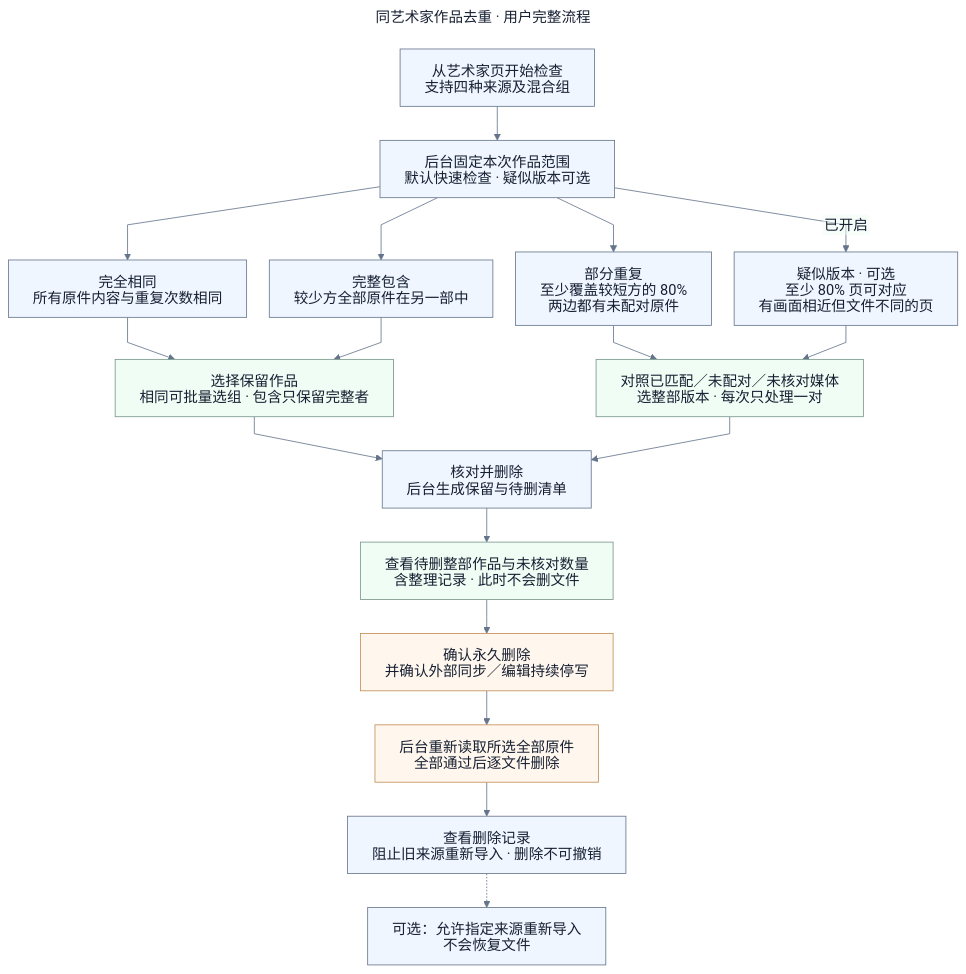
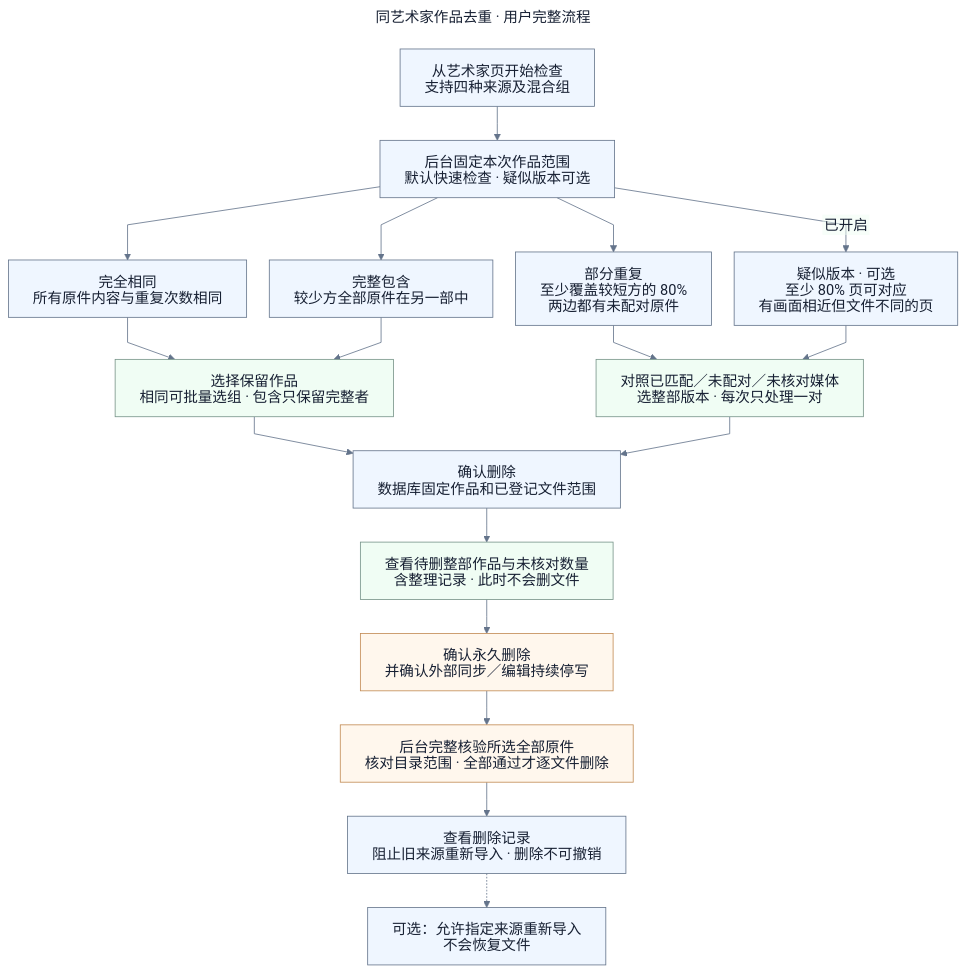
One commit to namehu/PixiShelf changed the diagram in docs/diagrams/features/artwork-deduplication/business-flow.mmd. Above: the diagram before and after it, drawn with Mermaid. The commit also changed 48 other files, not shown here.

```diff
--- a/docs/diagrams/features/artwork-deduplication/business-flow.mmd
+++ b/docs/diagrams/features/artwork-deduplication/business-flow.mmd
@@ -1,48 +1,48 @@
 ---
 config:
   theme: base
   htmlLabels: false
   themeVariables:
     fontFamily: 'Arial, PingFang SC, Microsoft YaHei, sans-serif'
     fontSize: 18px
     background: '#ffffff'
     primaryColor: '#eff6ff'
     primaryTextColor: '#172033'
     primaryBorderColor: '#64748b'
     lineColor: '#64748b'
     secondaryColor: '#f0fdf4'
     tertiaryColor: '#fff7ed'
   flowchart:
     htmlLabels: false
     curve: linear
     nodeSpacing: 28
     rankSpacing: 42
     wrappingWidth: 340
 title: 同艺术家作品去重 · 用户完整流程
 ---
 flowchart TB
   B01[从艺术家页开始检查<br/>支持四种来源及混合组]
   B02[后台固定本次作品范围<br/>默认快速检查 · 疑似版本可选]
   B03[完全相同<br/>所有原件内容与重复次数相同]
   B04[完整包含<br/>较少方全部原件在另一部中]
   B05[部分重复<br/>至少覆盖较短方的 80%<br/>两边都有未配对原件]
   B06[疑似版本 · 可选<br/>至少 80% 页可对应<br/>有画面相近但文件不同的页]
   B07[选择保留作品<br/>相同可批量选组 · 包含只保留完整者]
   B08[对照已匹配／未配对／未核对媒体<br/>选整部版本 · 每次只处理一对]
-  B09[核对并删除<br/>后台生成保留与待删清单]
+  B09[确认删除<br/>数据库固定作品和已登记文件范围]
   B10[查看待删整部作品与未核对数量<br/>含整理记录 · 此时不会删文件]
   B11[确认永久删除<br/>并确认外部同步／编辑持续停写]
-  B12[后台重新读取所选全部原件<br/>全部通过后逐文件删除]
+  B12[后台完整核验所选全部原件<br/>核对目录范围 · 全部通过才逐文件删除]
   B13[查看删除记录<br/>阻止旧来源重新导入 · 删除不可撤销]
   B14[可选：允许指定来源重新导入<br/>不会恢复文件]
   B01 --> B02
   B02 --> B03 & B04 & B05
   B02 -->|已开启| B06
   B03 & B04 --> B07
   B05 & B06 --> B08
   B07 & B08 --> B09 --> B10 --> B11 --> B12 --> B13
   B13 -.-> B14
   classDef review fill:#f0fdf4,stroke:#779489
   classDef danger fill:#fff7ed,stroke:#c28b54
   class B07,B08,B10 review
   class B11,B12 danger
```
